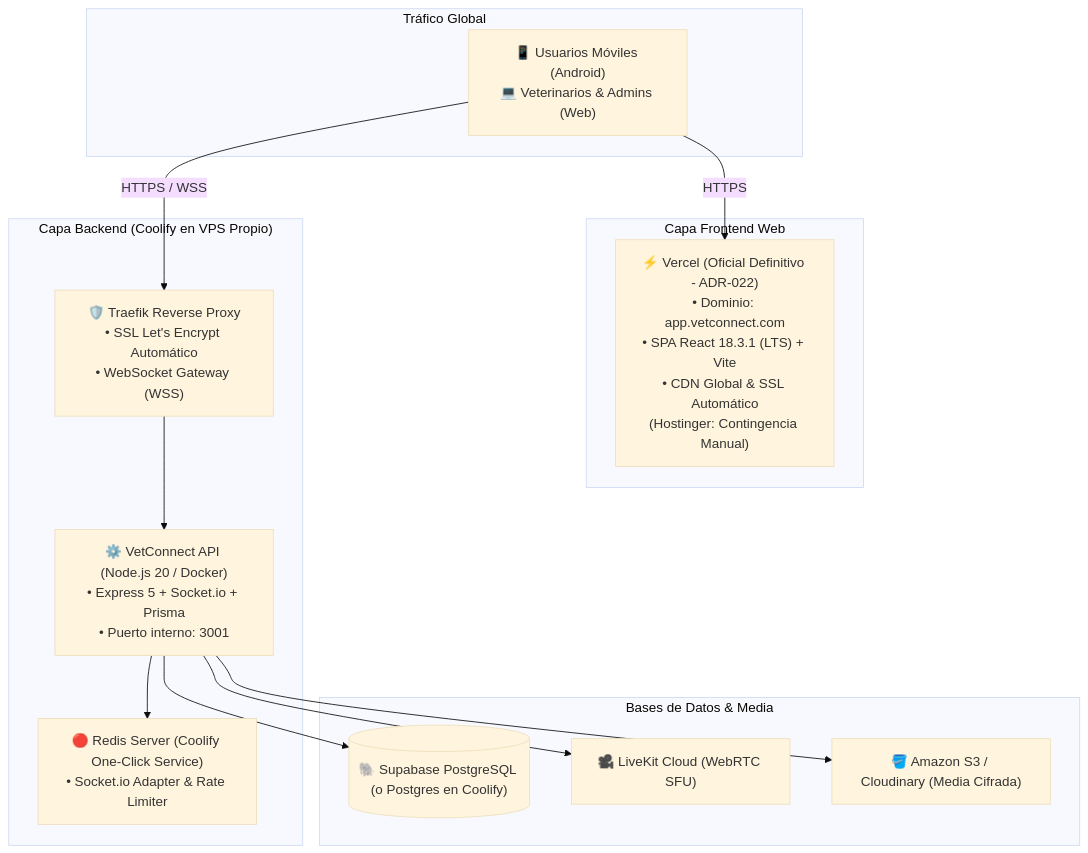
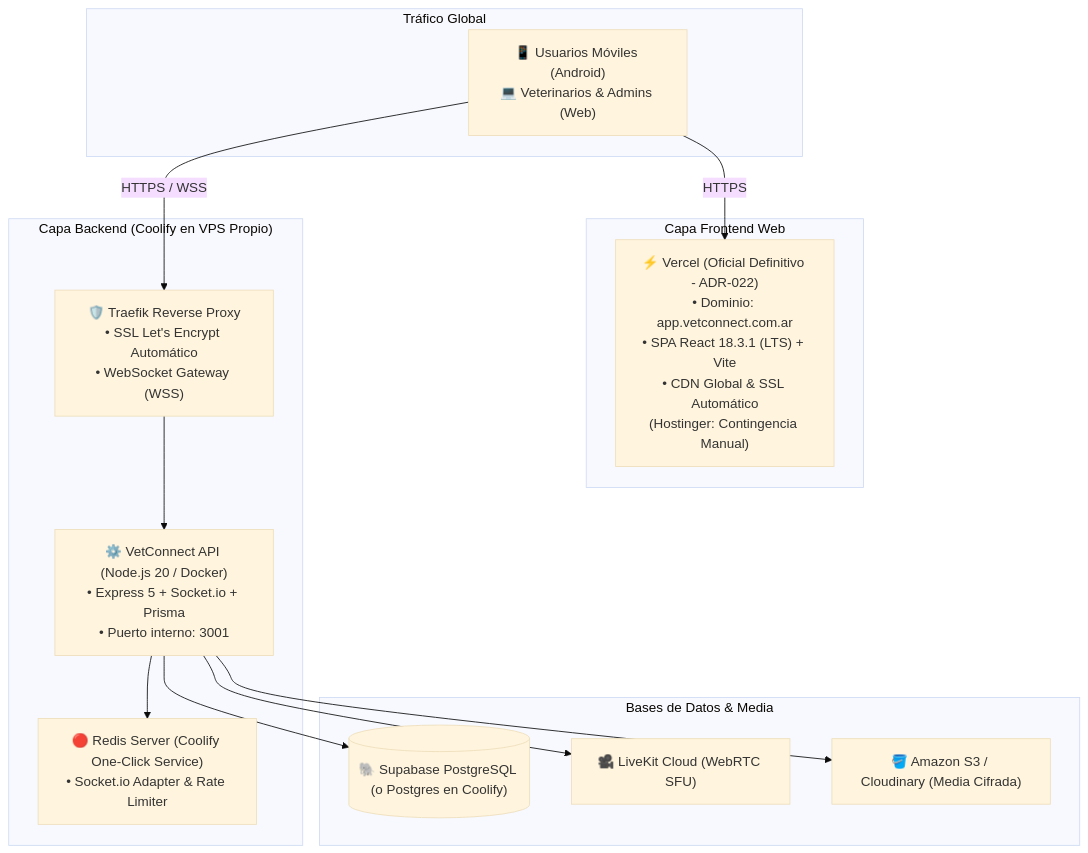
One commit to grupo-pinnacle/VetConnect changed the diagram in docs/DEPLOY.md. Above: the diagram before and after it, drawn with Mermaid (base theme). The commit also changed other lines of this file and 4 other files, not shown here.

````diff
--- a/docs/DEPLOY.md
+++ b/docs/DEPLOY.md
@@ -9,30 +9,30 @@
 ```mermaid
 flowchart TD
     subgraph Internet["Tráfico Global"]
         Users["📱 Usuarios Móviles (Android)\n💻 Veterinarios & Admins (Web)"]
     end
 
     subgraph WebHosting["Capa Frontend Web"]
-        Vercel["⚡ Vercel (Oficial Definitivo - ADR-022)\n• Dominio: app.vetconnect.com\n• SPA React 18.3.1 (LTS) + Vite\n• CDN Global & SSL Automático\n(Hostinger: Contingencia Manual)"]
+        Vercel["⚡ Vercel (Oficial Definitivo - ADR-022)\n• Dominio: app.vetconnect.com.ar\n• SPA React 18.3.1 (LTS) + Vite\n• CDN Global & SSL Automático\n(Hostinger: Contingencia Manual)"]
     end
 
     subgraph CoolifyVPS["Capa Backend (Coolify en VPS Propio)"]
         Traefik["🛡️ Traefik Reverse Proxy\n• SSL Let's Encrypt Automático\n• WebSocket Gateway (WSS)"]
         NodeApp["⚙️ VetConnect API (Node.js 20 / Docker)\n• Express 5 + Socket.io + Prisma\n• Puerto interno: 3001"]
         RedisServ["🔴 Redis Server (Coolify One-Click Service)\n• Socket.io Adapter & Rate Limiter"]
     end
 
     subgraph DataCloud["Bases de Datos & Media"]
         SupabasePostgres[("🐘 Supabase PostgreSQL (o Postgres en Coolify)")]
         LiveKitCloud["🎥 LiveKit Cloud (WebRTC SFU)"]
         S3Storage["🪣 Amazon S3 / Cloudinary (Media Cifrada)"]
     end
 
     Users -->|HTTPS| Vercel
     Users -->|HTTPS / WSS| Traefik
     Traefik --> NodeApp
     NodeApp --> RedisServ
     NodeApp --> SupabasePostgres
     NodeApp --> LiveKitCloud
     NodeApp --> S3Storage
 ```
````
